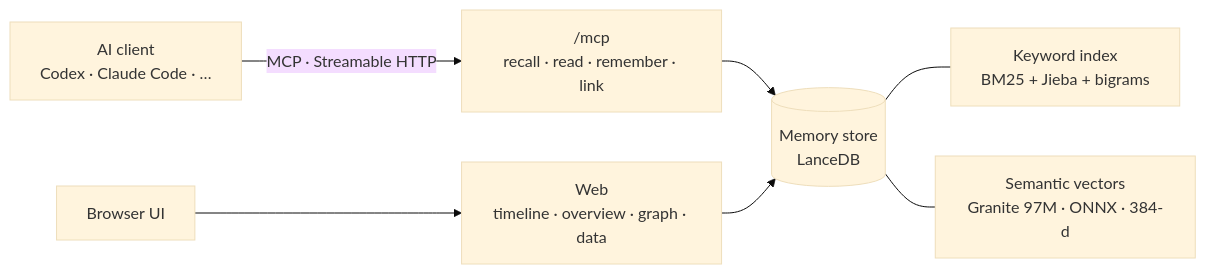
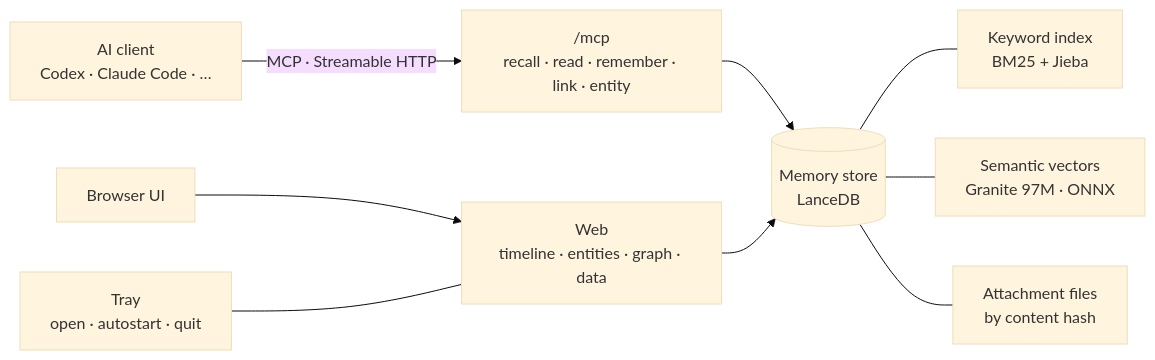
The diagram in README.en.md (danchar12138/recallport), drawn with Mermaid (base theme) before and after one commit. The commit also changed other lines of this file and 25 other files, not shown here.

````diff
--- a/README.en.md
+++ b/README.en.md
@@ -146,9 +144,11 @@
 ```mermaid
 flowchart LR
-  C["AI client<br/>Codex · Claude Code · …"] -- "MCP · Streamable HTTP" --> M["/mcp<br/>recall · read · remember · link"]
-  B["Browser UI"] --> W["Web<br/>timeline · overview · graph · data"]
+  C["AI client<br/>Codex · Claude Code · …"] -- "MCP · Streamable HTTP" --> M["/mcp<br/>recall · read · remember · link · entity"]
+  B["Browser UI"] --> W["Web<br/>timeline · entities · graph · data"]
+  T["Tray<br/>open · autostart · quit"] --- W
   M --> S[("Memory store<br/>LanceDB")]
   W --> S
-  S --- K["Keyword index<br/>BM25 + Jieba + bigrams"]
-  S --- V["Semantic vectors<br/>Granite 97M · ONNX · 384-d"]
+  S --- K["Keyword index<br/>BM25 + Jieba"]
+  S --- V["Semantic vectors<br/>Granite 97M · ONNX"]
+  S --- F["Attachment files<br/>by content hash"]
 ```
````
